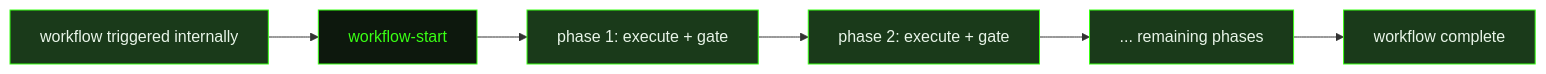
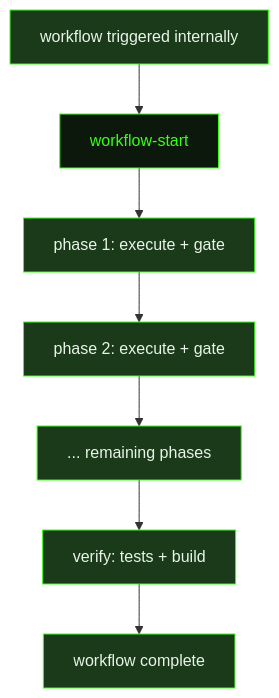
Before and after one commit to shusha-group/gsd2-guide: the diagram in src/content/docs/prompts/workflow-start.mdx, drawn with Mermaid. The commit also changed other lines of this file and 79 other files, not shown here.

````diff
--- a/src/content/docs/prompts/workflow-start.mdx
+++ b/src/content/docs/prompts/workflow-start.mdx
@@ -16,15 +18,17 @@
 ```mermaid
-flowchart LR
+flowchart TD
     WorkflowInvoke["workflow triggered internally"] --> WorkflowStart["workflow-start"]
     WorkflowStart --> Phase1["phase 1: execute + gate"]
     Phase1 --> Phase2["phase 2: execute + gate"]
     Phase2 --> PhaseN["... remaining phases"]
-    PhaseN --> Complete["workflow complete"]
+    PhaseN --> Verify["verify: tests + build"]
+    Verify --> Complete["workflow complete"]
 
     style WorkflowStart fill:#0d180d,stroke:#39ff14,color:#39ff14
     style WorkflowInvoke fill:#1a3a1a,stroke:#39ff14,color:#e8f4e8
     style Phase1 fill:#1a3a1a,stroke:#39ff14,color:#e8f4e8
     style Phase2 fill:#1a3a1a,stroke:#39ff14,color:#e8f4e8
     style PhaseN fill:#1a3a1a,stroke:#39ff14,color:#e8f4e8
+    style Verify fill:#1a3a1a,stroke:#39ff14,color:#e8f4e8
     style Complete fill:#1a3a1a,stroke:#39ff14,color:#e8f4e8
 ```
````
